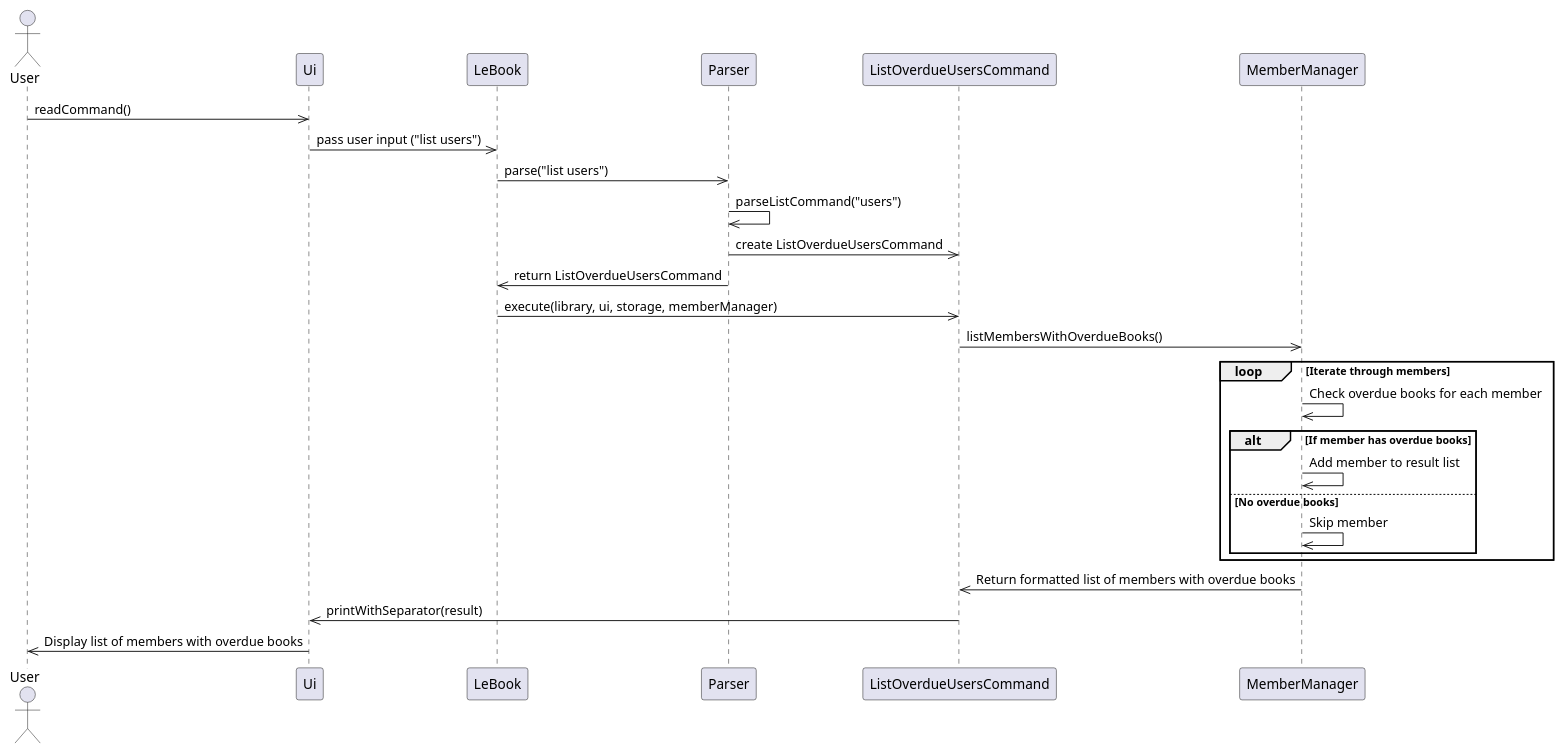
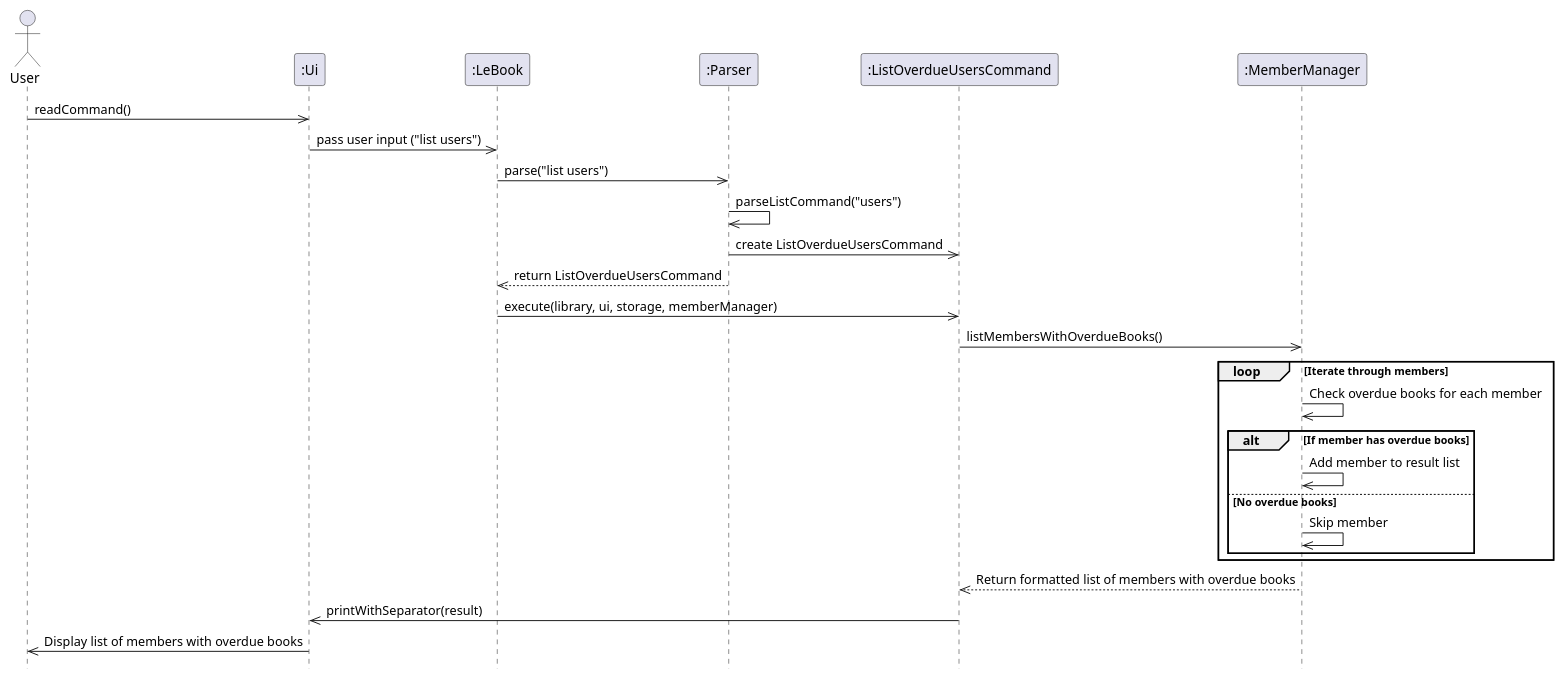
The diagram in docs/diagrams/ListUsersSequence.puml (eth4n22/tp), drawn with PlantUML before and after one commit. The commit also changed 1 other file, not shown here.

Commit message:
Update sequence diagram

```diff
--- a/docs/diagrams/ListUsersSequence.puml
+++ b/docs/diagrams/ListUsersSequence.puml
@@ -1,32 +1,33 @@
 @startuml
+hide footbox
 actor User as "User"
-participant Ui as "Ui"
-participant LeBook as "LeBook"
-participant Parser as "Parser"
-participant ListOverdueUsersCommand as "ListOverdueUsersCommand"
-participant MemberManager as "MemberManager"
+participant Ui as ":Ui"
+participant LeBook as ":LeBook"
+participant Parser as ":Parser"
+participant ListOverdueUsersCommand as ":ListOverdueUsersCommand"
+participant MemberManager as ":MemberManager"
 
 User ->> Ui: readCommand()
 Ui ->> LeBook: pass user input ("list users")
 LeBook ->> Parser: parse("list users")
 Parser ->> Parser: parseListCommand("users")
 Parser ->> ListOverdueUsersCommand: create ListOverdueUsersCommand
-Parser ->> LeBook: return ListOverdueUsersCommand
+Parser -->> LeBook: return ListOverdueUsersCommand
 
 LeBook ->> ListOverdueUsersCommand: execute(library, ui, storage, memberManager)
 ListOverdueUsersCommand ->> MemberManager: listMembersWithOverdueBooks()
 
 loop Iterate through members
     MemberManager ->> MemberManager: Check overdue books for each member
     alt If member has overdue books
         MemberManager ->> MemberManager: Add member to result list
     else No overdue books
         MemberManager ->> MemberManager: Skip member
     end
 end
 
-MemberManager ->> ListOverdueUsersCommand: Return formatted list of members with overdue books
+MemberManager -->> ListOverdueUsersCommand: Return formatted list of members with overdue books
 
 ListOverdueUsersCommand ->> Ui: printWithSeparator(result)
 Ui ->> User: Display list of members with overdue books
 @enduml
```
